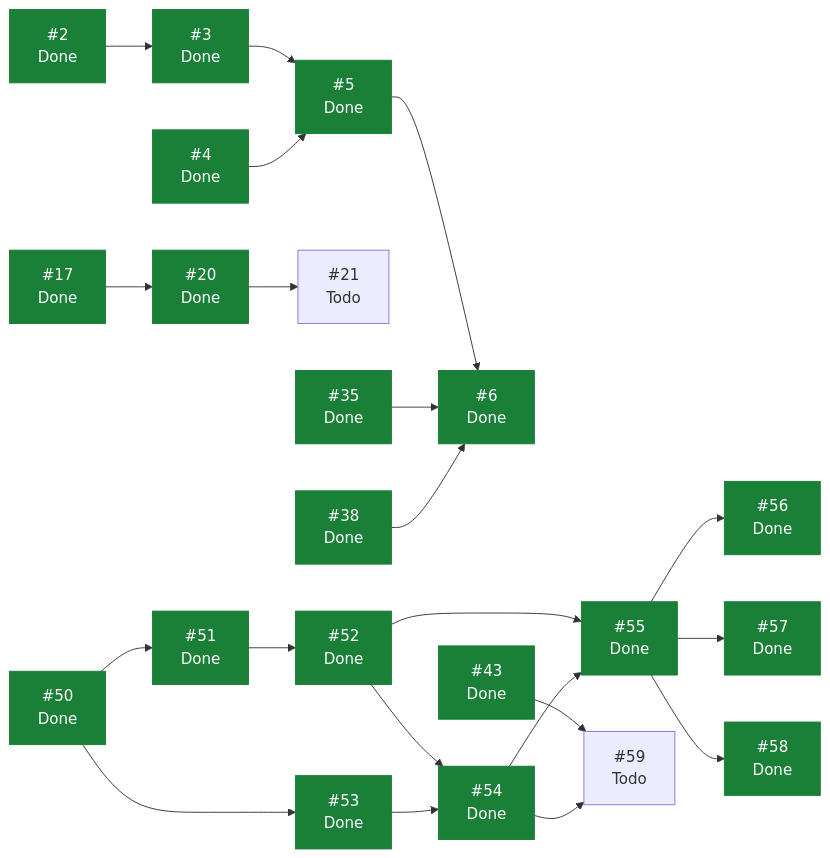
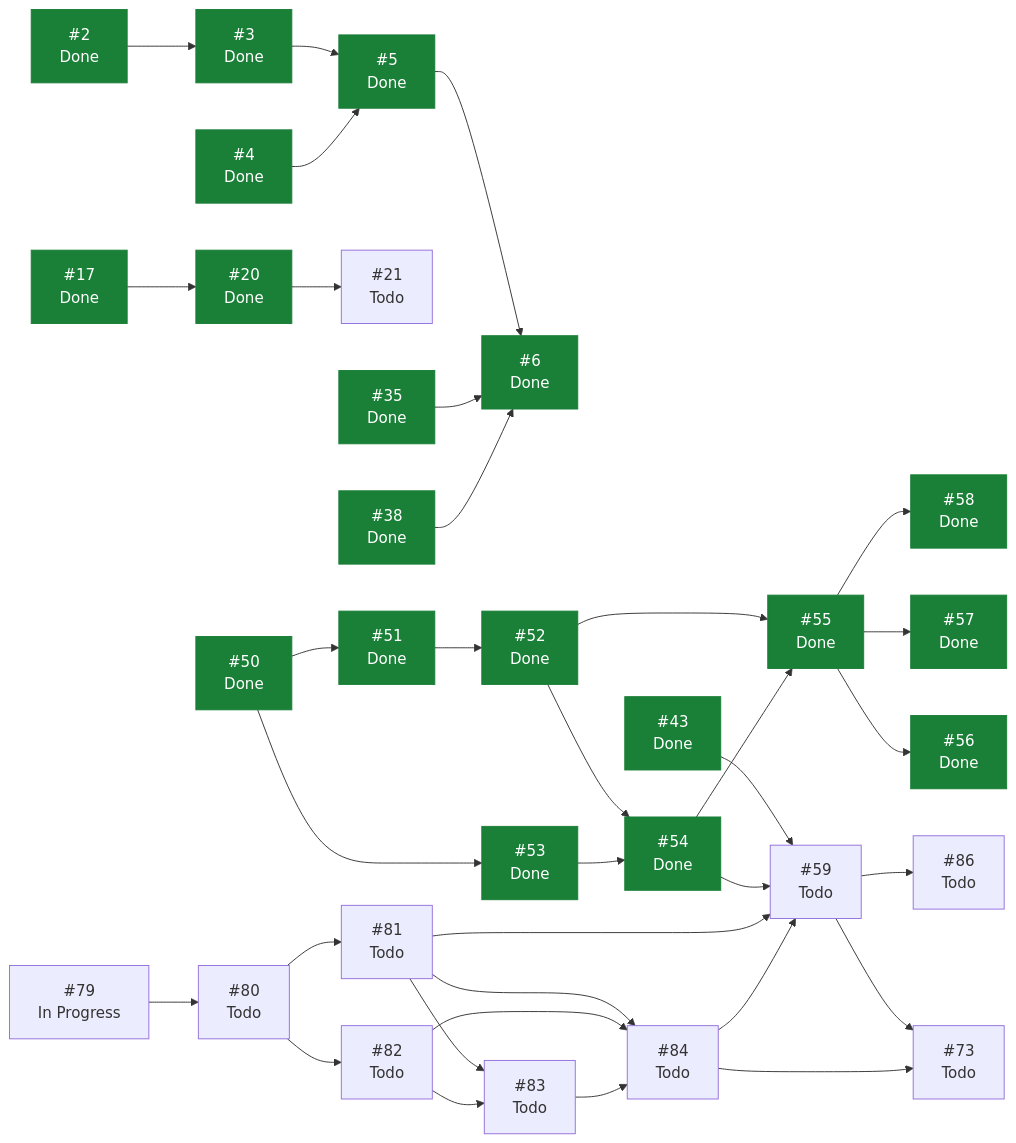
The diagram in docs/planning/STATUS.md (ecamp0s/evault), drawn with Mermaid before and after one commit. The commit also changed other lines of this file and 2 other files, not shown here.

````diff
--- a/docs/planning/STATUS.md
+++ b/docs/planning/STATUS.md
@@ -88,46 +100,67 @@
 ```mermaid
 graph LR
   I2["#2<br/>Done"]
   I3["#3<br/>Done"]
   I4["#4<br/>Done"]
   I5["#5<br/>Done"]
   I6["#6<br/>Done"]
   I17["#17<br/>Done"]
   I20["#20<br/>Done"]
   I21["#21<br/>Todo"]
   I35["#35<br/>Done"]
   I38["#38<br/>Done"]
   I43["#43<br/>Done"]
   I50["#50<br/>Done"]
   I51["#51<br/>Done"]
   I52["#52<br/>Done"]
   I53["#53<br/>Done"]
   I54["#54<br/>Done"]
   I55["#55<br/>Done"]
   I56["#56<br/>Done"]
   I57["#57<br/>Done"]
   I58["#58<br/>Done"]
   I59["#59<br/>Todo"]
+  I73["#73<br/>Todo"]
+  I79["#79<br/>In Progress"]
+  I80["#80<br/>Todo"]
+  I81["#81<br/>Todo"]
+  I82["#82<br/>Todo"]
+  I83["#83<br/>Todo"]
+  I84["#84<br/>Todo"]
+  I86["#86<br/>Todo"]
   I2 --> I3
   I3 --> I5
   I4 --> I5
   I5 --> I6
   I17 --> I20
   I20 --> I21
   I35 --> I6
   I38 --> I6
   I43 --> I59
   I50 --> I51
   I50 --> I53
   I51 --> I52
   I52 --> I54
   I52 --> I55
   I53 --> I54
   I54 --> I55
   I54 --> I59
   I55 --> I56
   I55 --> I57
   I55 --> I58
+  I59 --> I73
+  I59 --> I86
+  I79 --> I80
+  I80 --> I81
+  I80 --> I82
+  I81 --> I59
+  I81 --> I83
+  I81 --> I84
+  I82 --> I83
+  I82 --> I84
+  I83 --> I84
+  I84 --> I59
+  I84 --> I73
   classDef hecho fill:#1a7f37,stroke:#1a7f37,color:#fff;
   class I2,I3,I4,I5,I6,I17,I20,I35,I38,I43,I50,I51,I52,I53,I54,I55,I56,I57,I58 hecho;
 ```
````
